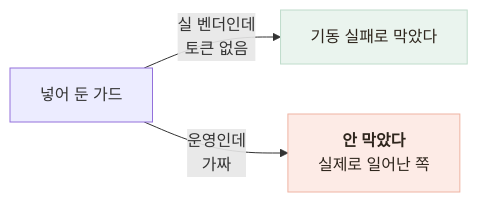
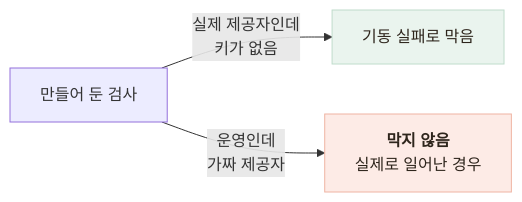
Before and after one commit to Jinacker/PortFolio: the second of 2 diagrams in public/mds/kkinitalk/ts-1-fake.md, drawn with Mermaid. The commit also changed other lines of this file and 12 other files, not shown here.

````diff
--- a/public/mds/kkinitalk/ts-1-fake.md
+++ b/public/mds/kkinitalk/ts-1-fake.md
@@ -46,8 +58,8 @@
 ```mermaid
 flowchart LR
-    G["넣어 둔 가드"] -->|"실 벤더인데<br/>토큰 없음"| B1["기동 실패로 막았다"]
-    G -->|"운영인데<br/>가짜"| B2["<b>안 막았다</b><br/>실제로 일어난 쪽"]
+    G["만들어 둔 검사"] -->|"실제 제공자인데<br/>키가 없음"| B1["기동 실패로 막음"]
+    G -->|"운영인데<br/>가짜 제공자"| B2["<b>막지 않음</b><br/>실제로 일어난 경우"]
 
     style B1 fill:#EAF4EE,stroke:#BFDCCB,color:#2E251C
     style B2 fill:#FDEBE6,stroke:#EFB4A3,color:#2E251C
 ```
````
